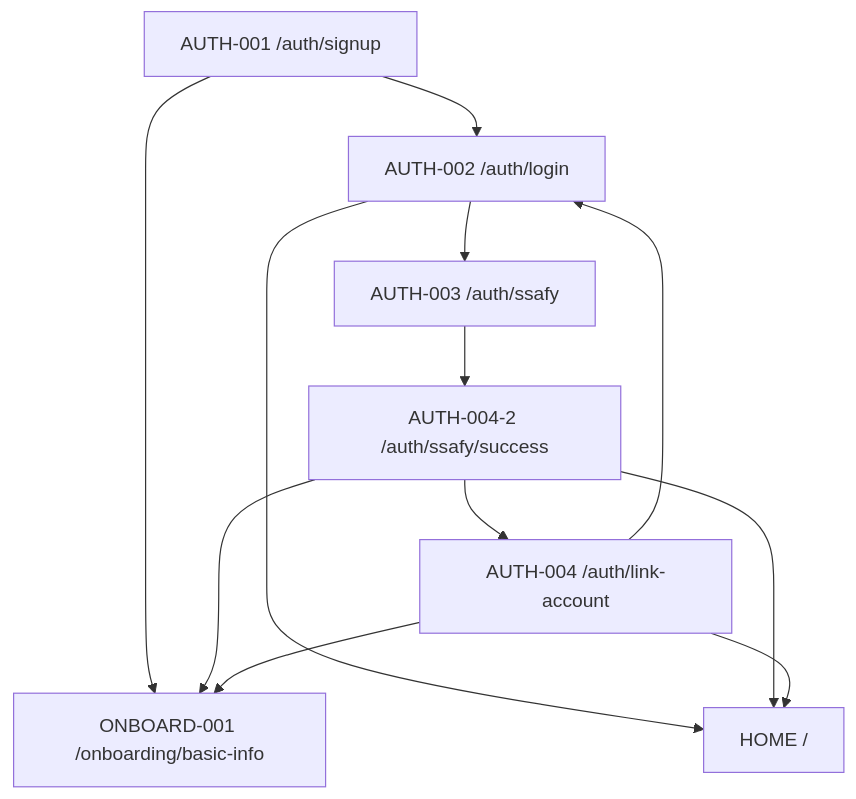
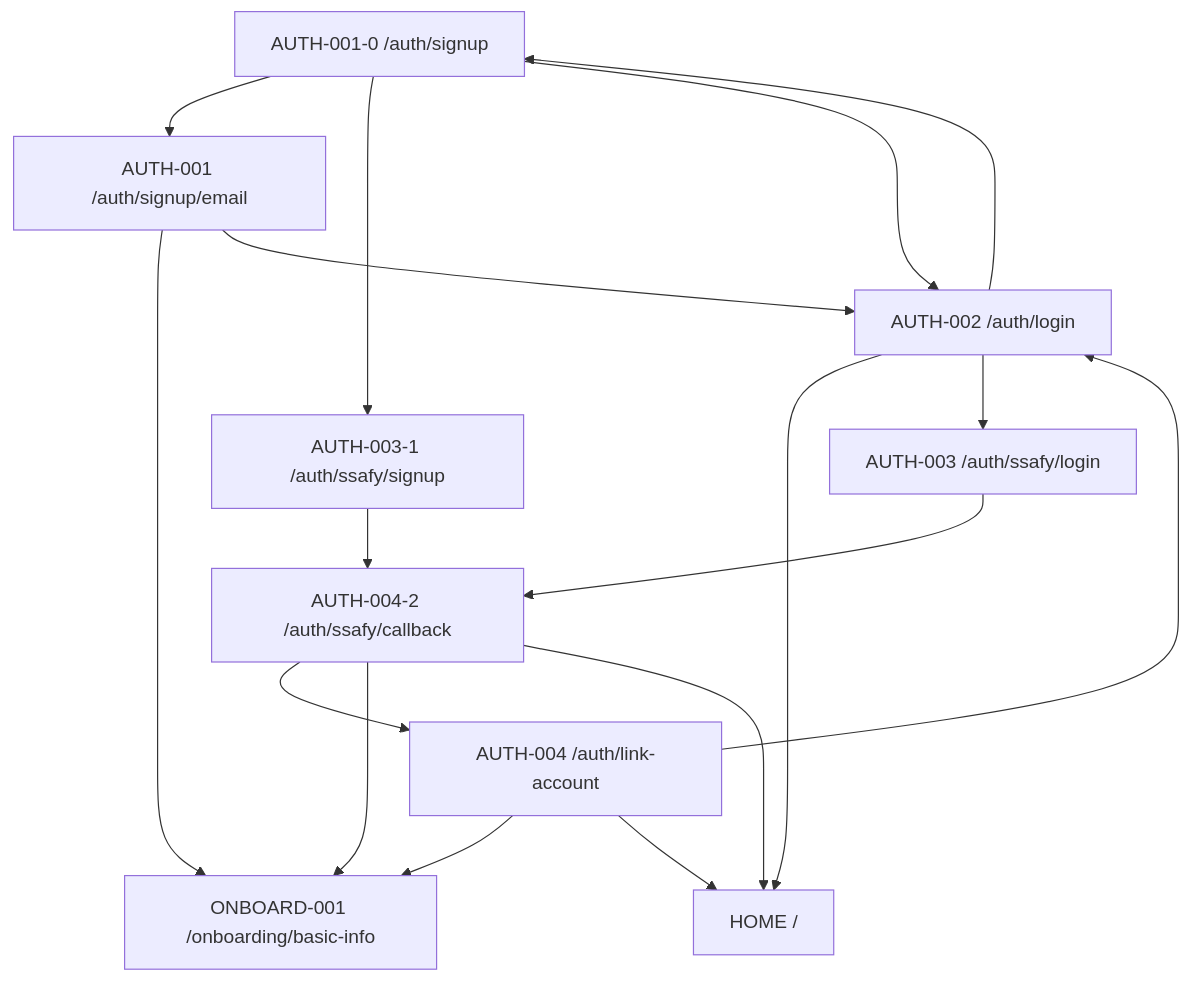
Before and after one commit to Team-vintib/Vintib-AI: the first of 2 diagrams in FE/docs/frontend/flows/route-map.md, drawn with Mermaid. The commit also changed other lines of this file and 3 other files, not shown here.

````diff
--- a/FE/docs/frontend/flows/route-map.md
+++ b/FE/docs/frontend/flows/route-map.md
@@ -7,22 +7,29 @@
 ```mermaid
 flowchart TD
-  Signup["AUTH-001 /auth/signup"]
+  SignupEntry["AUTH-001-0 /auth/signup"]
+  SignupEmail["AUTH-001 /auth/signup/email"]
   Login["AUTH-002 /auth/login"]
-  Ssafy["AUTH-003 /auth/ssafy"]
-  SsafySuccess["AUTH-004-2 /auth/ssafy/success"]
+  SsafyLogin["AUTH-003 /auth/ssafy/login"]
+  SsafySignup["AUTH-003-1 /auth/ssafy/signup"]
+  SsafyCallback["AUTH-004-2 /auth/ssafy/callback"]
   LinkAccount["AUTH-004 /auth/link-account"]
   OnboardProfile["ONBOARD-001 /onboarding/basic-info"]
   Home["HOME /"]
 
-  Signup --> OnboardProfile
-  Signup --> Login
+  Login --> SignupEntry
   Login --> Home
-  Login --> Ssafy
-  Ssafy --> SsafySuccess
-  SsafySuccess --> LinkAccount
-  SsafySuccess --> OnboardProfile
-  SsafySuccess --> Home
+  Login --> SsafyLogin
+  SignupEntry --> SignupEmail
+  SignupEntry --> SsafySignup
+  SignupEntry --> Login
+  SignupEmail --> OnboardProfile
+  SignupEmail --> Login
+  SsafyLogin --> SsafyCallback
+  SsafySignup --> SsafyCallback
+  SsafyCallback --> LinkAccount
+  SsafyCallback --> OnboardProfile
+  SsafyCallback --> Home
   LinkAccount --> Login
   LinkAccount --> OnboardProfile
   LinkAccount --> Home
 ```
````
